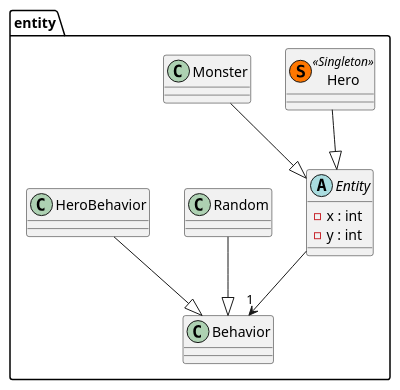
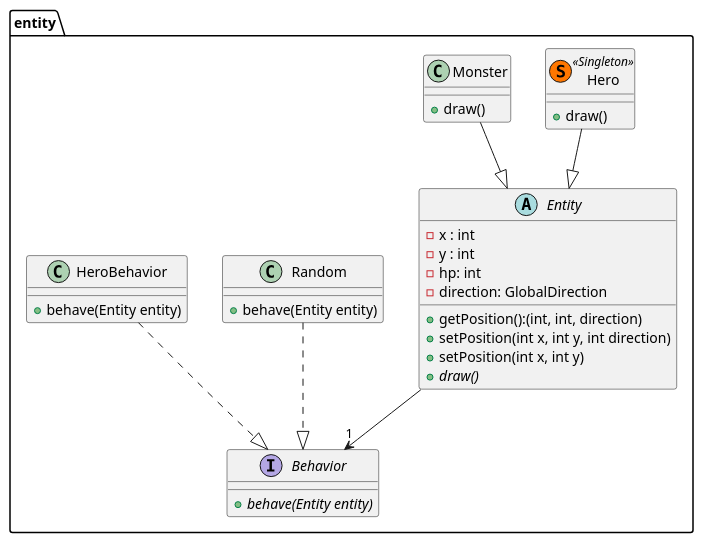
The diagram in doc/first_sprint/diagrams/class/character.puml (Reynault/ACL_2019_Zelpop), drawn with PlantUML before and after one commit. The commit also changed 3 other files, not shown here.

Commit message:
First Sprint : Update diagrams

```diff
--- a/doc/first_sprint/diagrams/class/character.puml
+++ b/doc/first_sprint/diagrams/class/character.puml
@@ -1,38 +1,44 @@
 @startuml
 
 package entity{
 
     abstract Entity{
         - x : int
         - y : int
+        - hp: int
+        - direction: GlobalDirection
+        + getPosition():(int, int, direction)
+        + setPosition(int x, int y, int direction)
+        + setPosition(int x, int y)
+        + {abstract} draw()
     }
 
     class Hero << (S,#FF7700) Singleton >>{
-
+        + draw()
     }
 
     class Monster{
-
+        + draw()
     }
 
-    class Behavior{
-
+    interface Behavior{
+        + {abstract} behave(Entity entity)
     }
 
     class Random{
-
+        + behave(Entity entity)
     }
 
     class HeroBehavior{
-
+        + behave(Entity entity)
     }
 
 }
 
 Hero --|> Entity
 Monster --|> Entity
 Entity --> "1" Behavior
-HeroBehavior --|> Behavior
-Random --|> Behavior
+HeroBehavior ..|> Behavior
+Random ..|> Behavior
 
 @enduml
```
